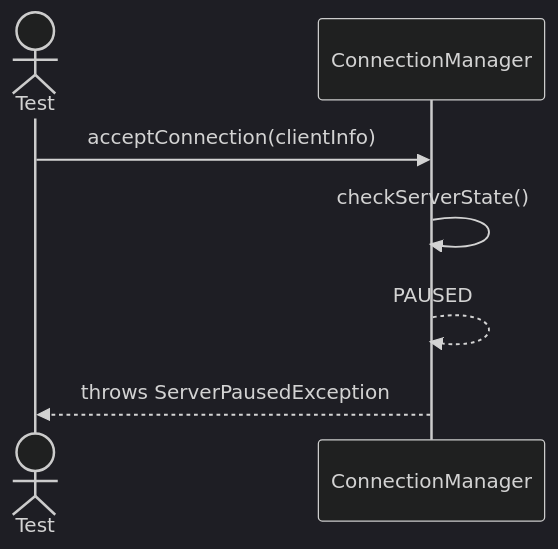
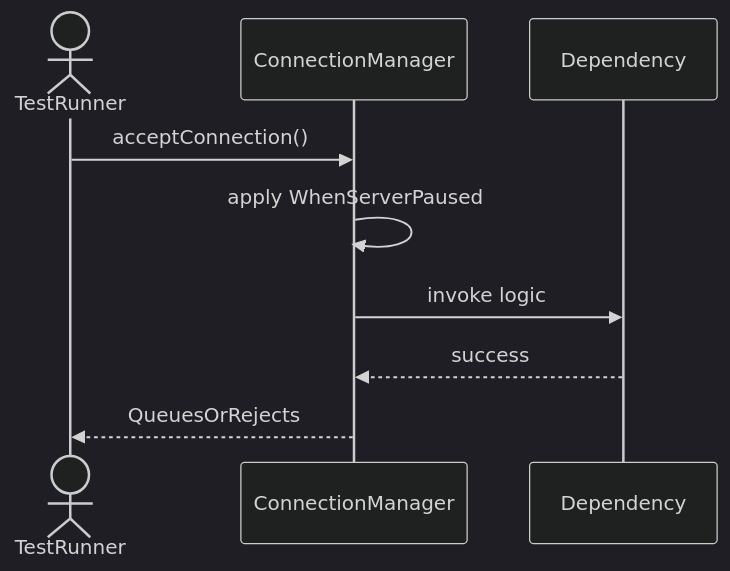
Before and after one commit to TamBui1706/DBMS: the third of 10 diagrams in Sequences/Core/ConnectionManager.md, drawn with Mermaid (dark theme). The commit also changed other lines of this file and 63 other files, not shown here.

Commit message:
Draw sequence diagram for unit tests

````diff
--- a/Sequences/Core/ConnectionManager.md
+++ b/Sequences/Core/ConnectionManager.md
@@ -45,10 +47,10 @@
 ```mermaid
 sequenceDiagram
-    actor Test
+    actor TestRunner
     participant ConnectionManager
-
-    Test->>ConnectionManager: acceptConnection(clientInfo)
-    ConnectionManager->>ConnectionManager: checkServerState()
-    ConnectionManager-->>ConnectionManager: PAUSED
-    ConnectionManager-->>Test: throws ServerPausedException
+    TestRunner->>ConnectionManager: acceptConnection()
+    ConnectionManager->>ConnectionManager: apply WhenServerPaused
+    ConnectionManager->>Dependency: invoke logic
+    Dependency-->>ConnectionManager: success
+    ConnectionManager-->>TestRunner: QueuesOrRejects
 ```
````
